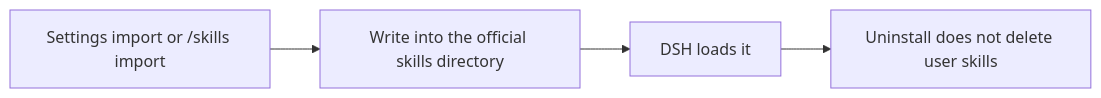
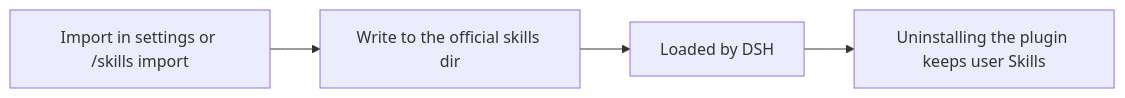
The fourth of 4 diagrams in README.md (jayceoncynical/dsh-purge), drawn with Mermaid before and after one commit. The commit also changed other lines of this file and 8 other files, not shown here.

````diff
--- a/README.md
+++ b/README.md
@@ -532,6 +471,6 @@
 ```mermaid
 flowchart LR
-  A["Settings import or /skills import"] --> B["Write into the official skills directory"]
-  B --> C["DSH loads it"]
-  C --> D["Uninstall does not delete user skills"]
+  A["Import in settings or /skills import"] --> B["Write to the official skills dir"]
+  B --> C["Loaded by DSH"]
+  C --> D["Uninstalling the plugin keeps user Skills"]
 ```
````
